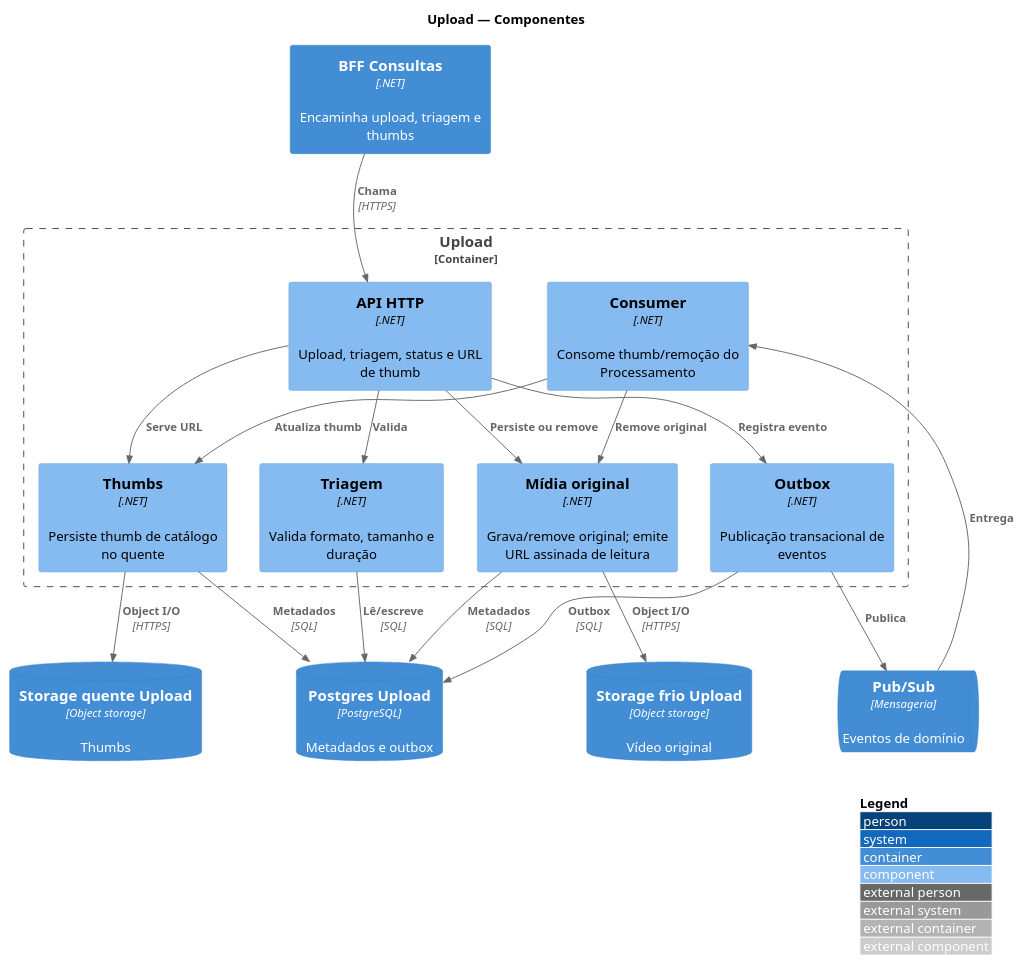
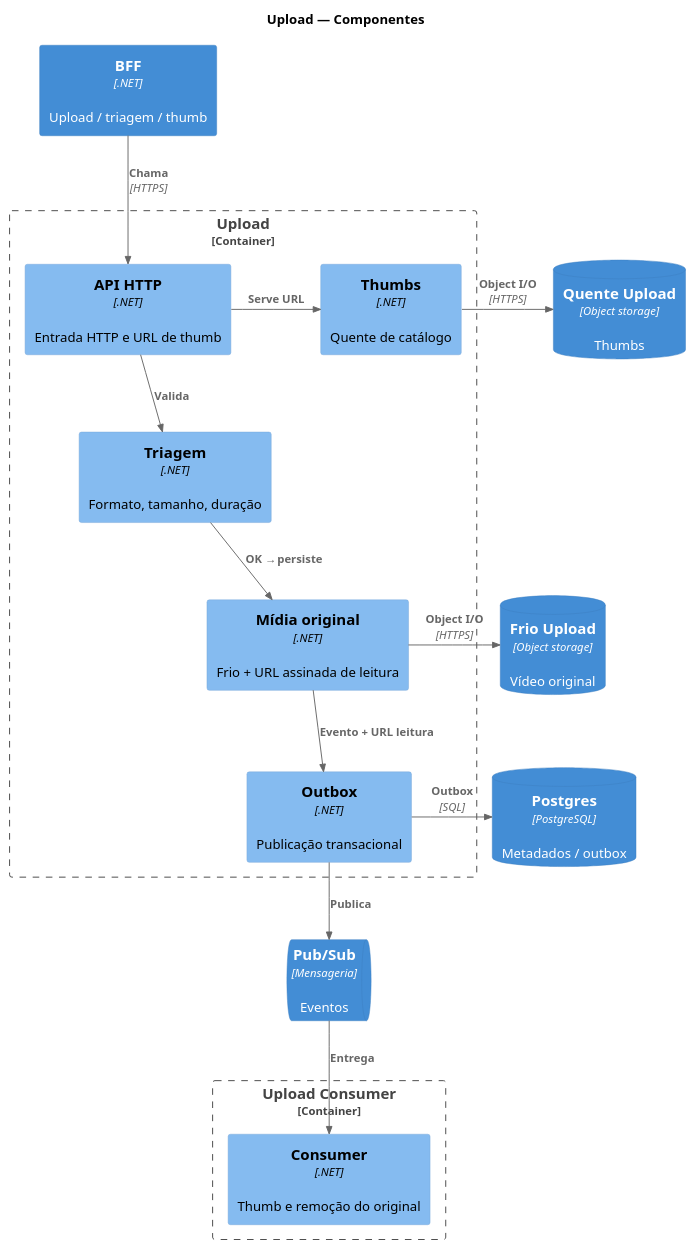
The diagram in arquitetura/06_componentes-upload.puml (fiap-x-vcosta/docs), drawn with PlantUML before and after one commit. The commit also changed 7 other files, not shown here.

Commit message:
docs: alinhar RF19 e fluxos ao C4; limpar diagrama Upload

```diff
--- a/arquitetura/06_componentes-upload.puml
+++ b/arquitetura/06_componentes-upload.puml
@@ -1,51 +1,41 @@
 @startuml 06_componentes-upload
 !include https://raw.githubusercontent.com/plantuml-stdlib/C4-PlantUML/master/C4_Component.puml
 
-LAYOUT_WITH_LEGEND()
 LAYOUT_TOP_DOWN()
+HIDE_STEREOTYPE()
 
 title Upload — Componentes
 
-Container(bff, "BFF Consultas", ".NET", "Encaminha upload, triagem e thumbs")
-ContainerQueue(pubsub, "Pub/Sub", "Mensageria", "Eventos de domínio")
-ContainerDb(pgUpload, "Postgres Upload", "PostgreSQL", "Metadados e outbox")
-ContainerDb(frioUp, "Storage frio Upload", "Object storage", "Vídeo original")
-ContainerDb(quente, "Storage quente Upload", "Object storage", "Thumbs")
+Container(bff, "BFF", ".NET", "Upload / triagem / thumb")
 
-Container_Boundary(upload, "Upload") {
-  Component(api, "API HTTP", ".NET", "Upload, triagem, status e URL de thumb")
-  Component(triagem, "Triagem", ".NET", "Valida formato, tamanho e duração")
-  Component(midia, "Mídia original", ".NET", "Grava/remove original; emite URL assinada de leitura")
-  Component(thumbs, "Thumbs", ".NET", "Persiste thumb de catálogo no quente")
-  Component(outbox, "Outbox", ".NET", "Publicação transacional de eventos")
-  Component(consumer, "Consumer", ".NET", "Consome thumb/remoção do Processamento")
+Container_Boundary(uploadApi, "Upload") {
+  Component(api, "API HTTP", ".NET", "Entrada HTTP e URL de thumb")
+  Component(triagem, "Triagem", ".NET", "Formato, tamanho, duração")
+  Component(midia, "Mídia original", ".NET", "Frio + URL assinada de leitura")
+  Component(outbox, "Outbox", ".NET", "Publicação transacional")
+  Component(thumbs, "Thumbs", ".NET", "Quente de catálogo")
 }
 
-Rel(bff, api, "Chama", "HTTPS")
-Rel(api, triagem, "Valida")
-Rel(api, midia, "Persiste ou remove")
-Rel(api, thumbs, "Serve URL")
-Rel(api, outbox, "Registra evento")
-Rel(triagem, pgUpload, "Lê/escreve", "SQL")
-Rel(midia, frioUp, "Object I/O", "HTTPS")
-Rel(midia, pgUpload, "Metadados", "SQL")
-Rel(thumbs, quente, "Object I/O", "HTTPS")
-Rel(thumbs, pgUpload, "Metadados", "SQL")
-Rel(outbox, pgUpload, "Outbox", "SQL")
-Rel(outbox, pubsub, "Publica")
-Rel(pubsub, consumer, "Entrega")
-Rel(consumer, thumbs, "Atualiza thumb")
-Rel(consumer, midia, "Remove original")
+ContainerQueue(pubsub, "Pub/Sub", "Mensageria", "Eventos")
 
-Lay_D(bff, api)
-Lay_R(triagem, midia)
-Lay_R(midia, thumbs)
-Lay_R(thumbs, outbox)
-Lay_D(api, triagem)
-Lay_D(outbox, pubsub)
-Lay_D(triagem, pgUpload)
-Lay_D(midia, frioUp)
-Lay_D(thumbs, quente)
-Lay_R(pubsub, consumer)
+Container_Boundary(uploadConsumer, "Upload Consumer") {
+  Component(consumer, "Consumer", ".NET", "Thumb e remoção do original")
+}
+
+ContainerDb(pg, "Postgres", "PostgreSQL", "Metadados / outbox")
+ContainerDb(frio, "Frio Upload", "Object storage", "Vídeo original")
+ContainerDb(quente, "Quente Upload", "Object storage", "Thumbs")
+
+Rel_D(bff, api, "Chama", "HTTPS")
+Rel_D(api, triagem, "Valida")
+Rel_D(triagem, midia, "OK → persiste")
+Rel_D(midia, outbox, "Evento + URL leitura")
+Rel_D(outbox, pubsub, "Publica")
+Rel_D(pubsub, consumer, "Entrega")
+
+Rel_R(api, thumbs, "Serve URL")
+Rel_R(thumbs, quente, "Object I/O", "HTTPS")
+Rel_R(midia, frio, "Object I/O", "HTTPS")
+Rel_R(outbox, pg, "Outbox", "SQL")
 
 @enduml
```
